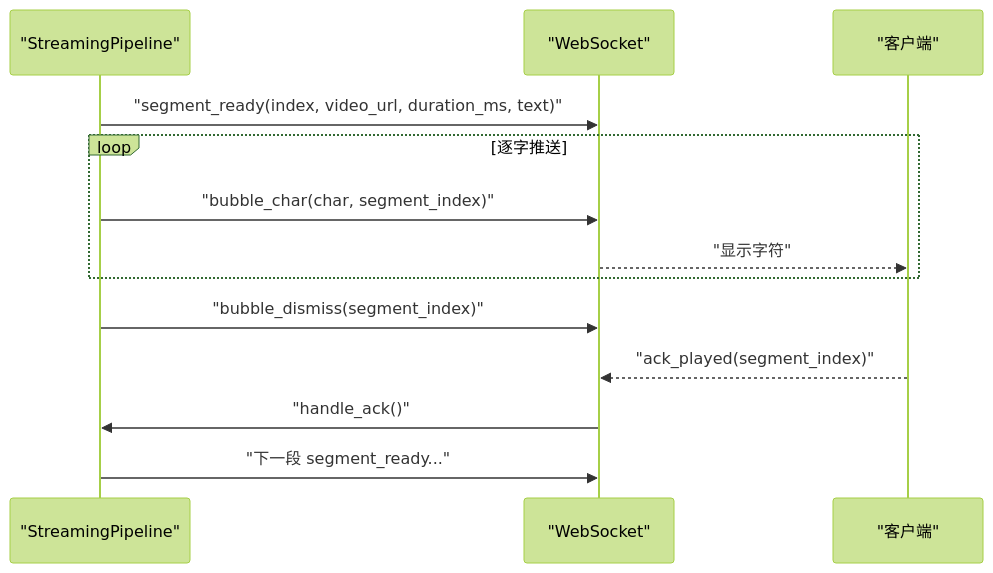
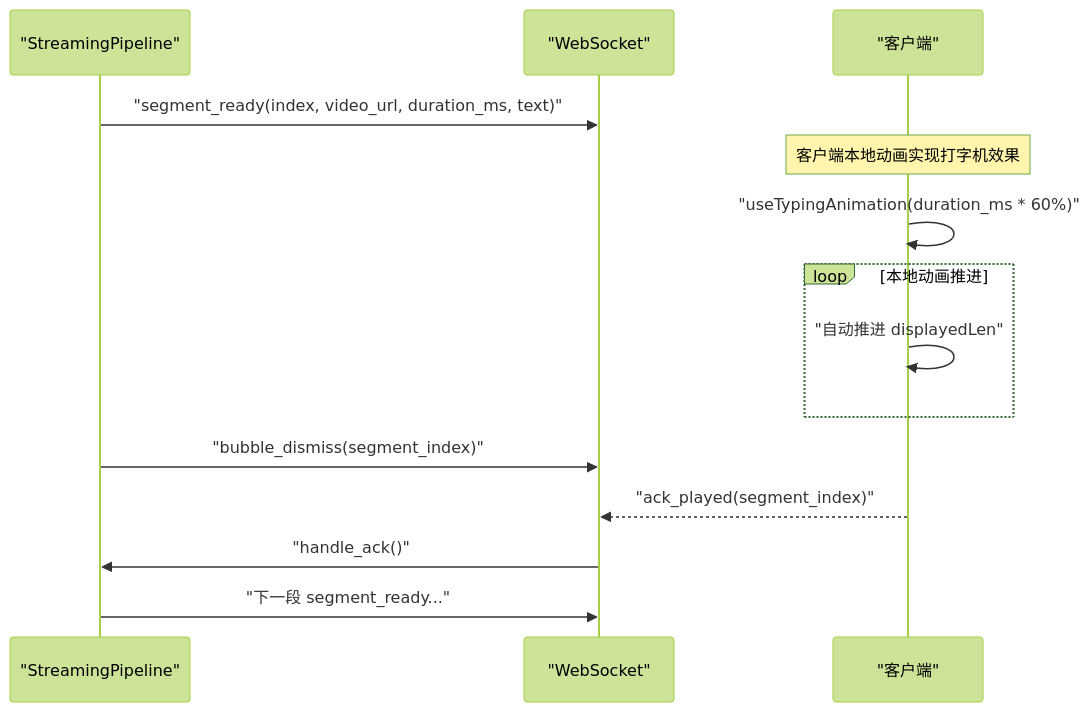
One commit to leo21cn/real-time-talk changed the fifth of 10 diagrams in .qoder/repowiki/zh/content/后端服务/流式处理管道/流式处理管道.md. Above: the diagram before and after it, drawn with Mermaid (forest theme). The commit also changed other lines of this file and 9 other files, not shown here.

````diff
--- a/.qoder/repowiki/zh/content/后端服务/流式处理管道/流式处理管道.md
+++ b/.qoder/repowiki/zh/content/后端服务/流式处理管道/流式处理管道.md
@@ -250,15 +275,16 @@
 ```mermaid
 sequenceDiagram
 participant PIPE as "StreamingPipeline"
 participant WS as "WebSocket"
 participant Client as "客户端"
 PIPE->>WS : "segment_ready(index, video_url, duration_ms, text)"
-loop 逐字推送
-PIPE->>WS : "bubble_char(char, segment_index)"
-WS-->>Client : "显示字符"
+Note over Client : 客户端本地动画实现打字机效果
+Client->>Client : "useTypingAnimation(duration_ms * 60%)"
+loop 本地动画推进
+Client->>Client : "自动推进 displayedLen"
 end
 PIPE->>WS : "bubble_dismiss(segment_index)"
 Client-->>WS : "ack_played(segment_index)"
 WS->>PIPE : "handle_ack()"
 PIPE->>WS : "下一段 segment_ready..."
 ```
````
